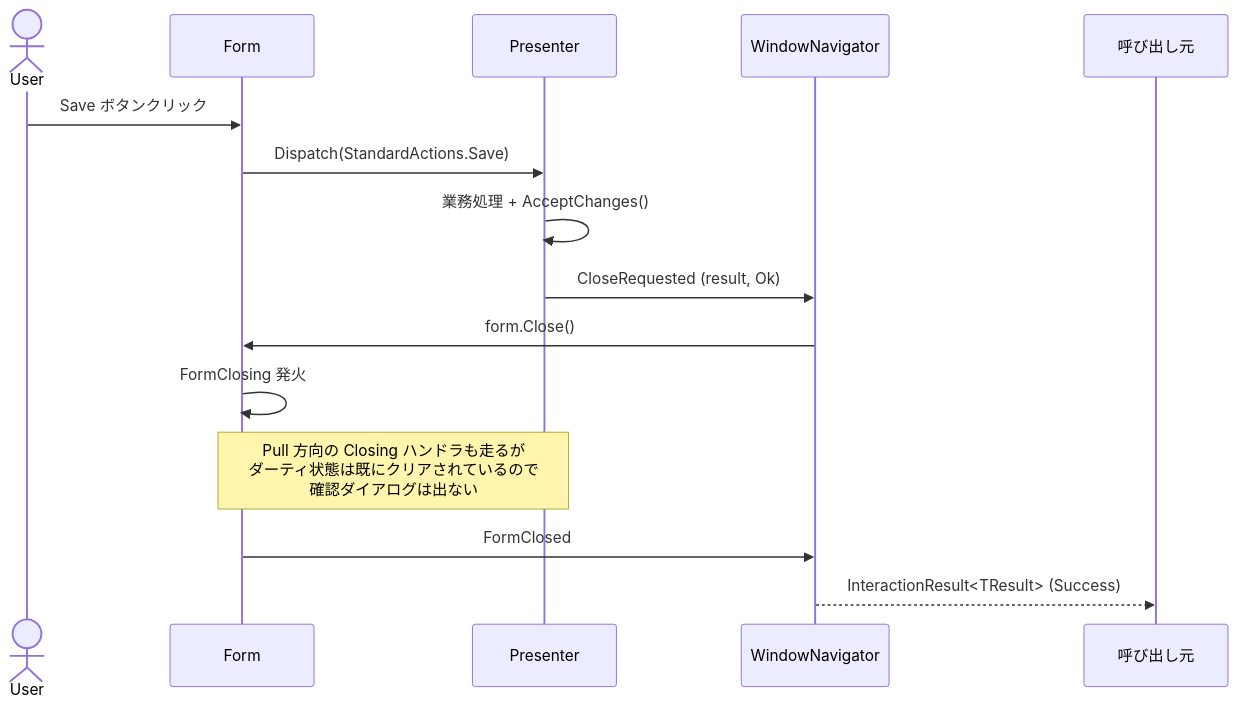
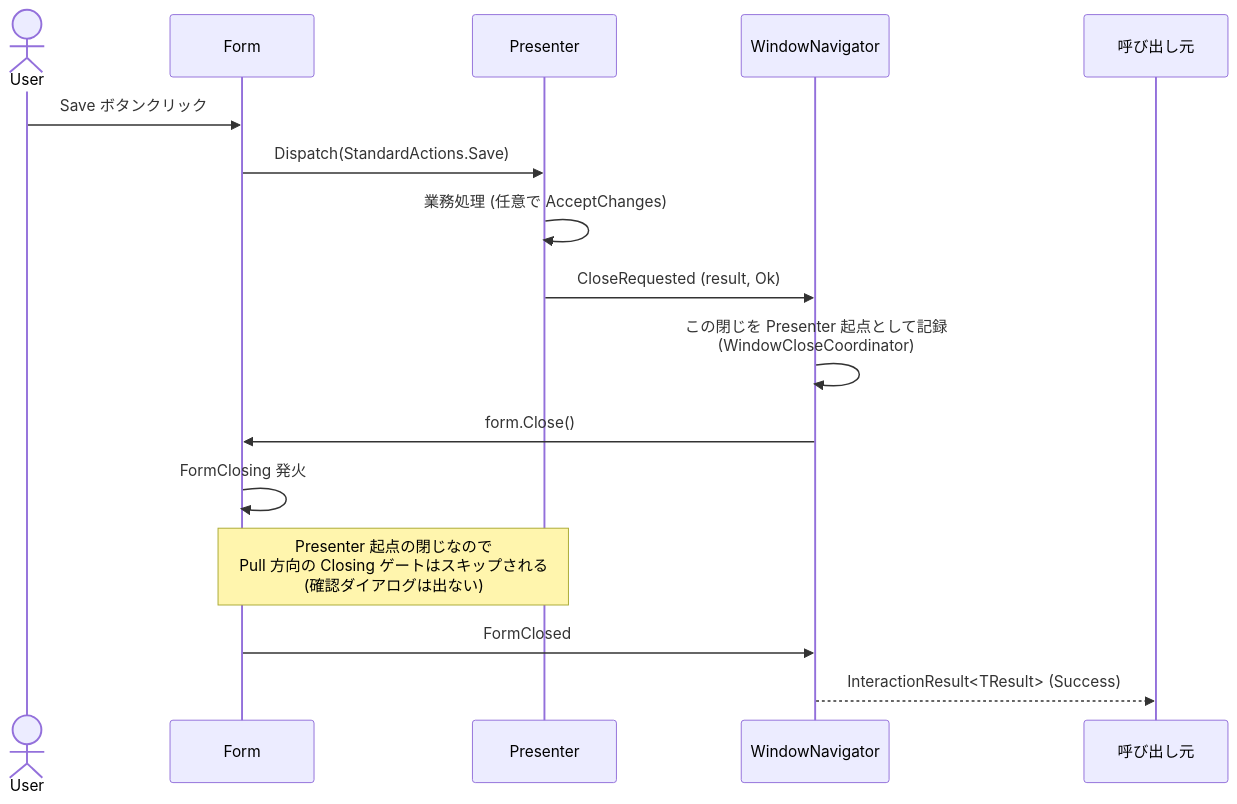
The first of 2 diagrams in wiki/Concept-Window-Closing-Model.md (VoidAxon/winforms-mvp), drawn with Mermaid before and after one commit. The commit also changed other lines of this file and 3 other files, not shown here.

````diff
--- a/wiki/Concept-Window-Closing-Model.md
+++ b/wiki/Concept-Window-Closing-Model.md
@@ -31,18 +31,19 @@
 ```mermaid
 sequenceDiagram
     actor User
     participant Form
     participant Presenter
     participant Navigator as WindowNavigator
     participant Caller as 呼び出し元
 
     User->>Form: Save ボタンクリック
     Form->>Presenter: Dispatch(StandardActions.Save)
-    Presenter->>Presenter: 業務処理 + AcceptChanges()
+    Presenter->>Presenter: 業務処理 (任意で AcceptChanges)
     Presenter->>Navigator: CloseRequested (result, Ok)
+    Navigator->>Navigator: この閉じを Presenter 起点として記録<br/>(WindowCloseCoordinator)
     Navigator->>Form: form.Close()
     Form->>Form: FormClosing 発火
-    Note over Form,Presenter: Pull 方向の Closing ハンドラも走るが<br/>ダーティ状態は既にクリアされているので<br/>確認ダイアログは出ない
+    Note over Form,Presenter: Presenter 起点の閉じなので<br/>Pull 方向の Closing ゲートはスキップされる<br/>(確認ダイアログは出ない)
     Form->>Navigator: FormClosed
     Navigator-->>Caller: InteractionResult<TResult> (Success)
 ```
````
